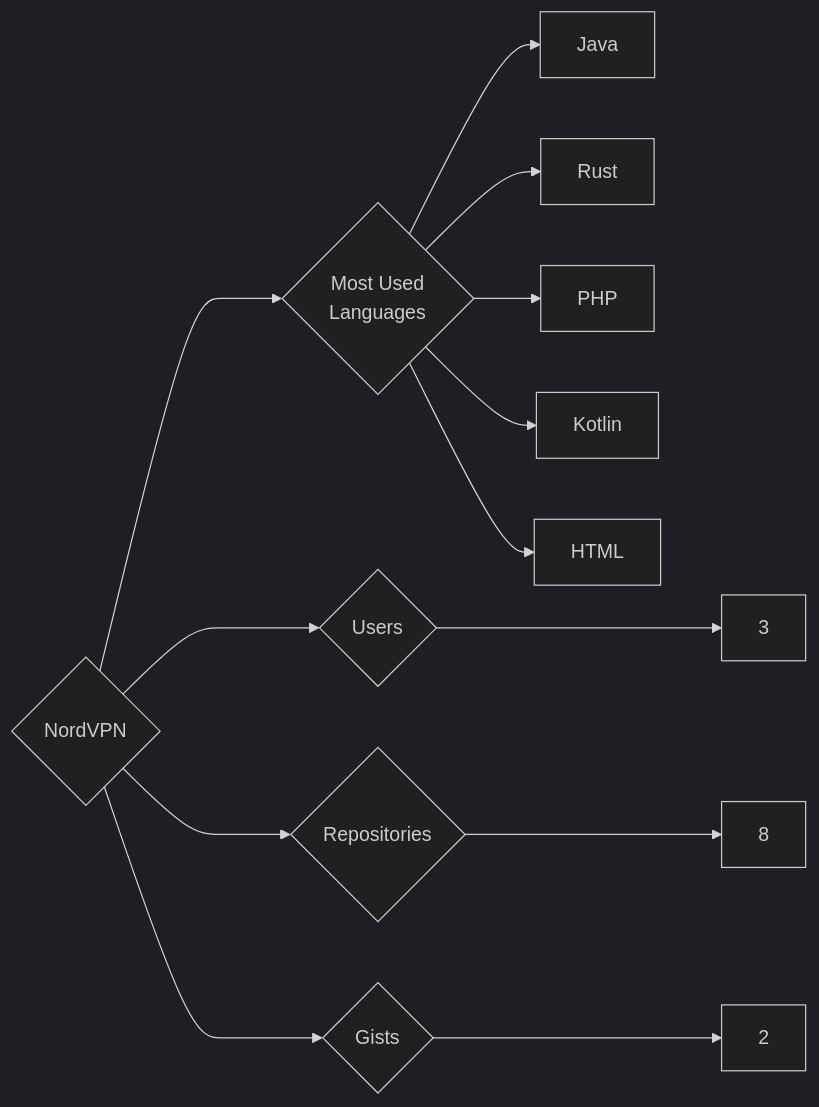
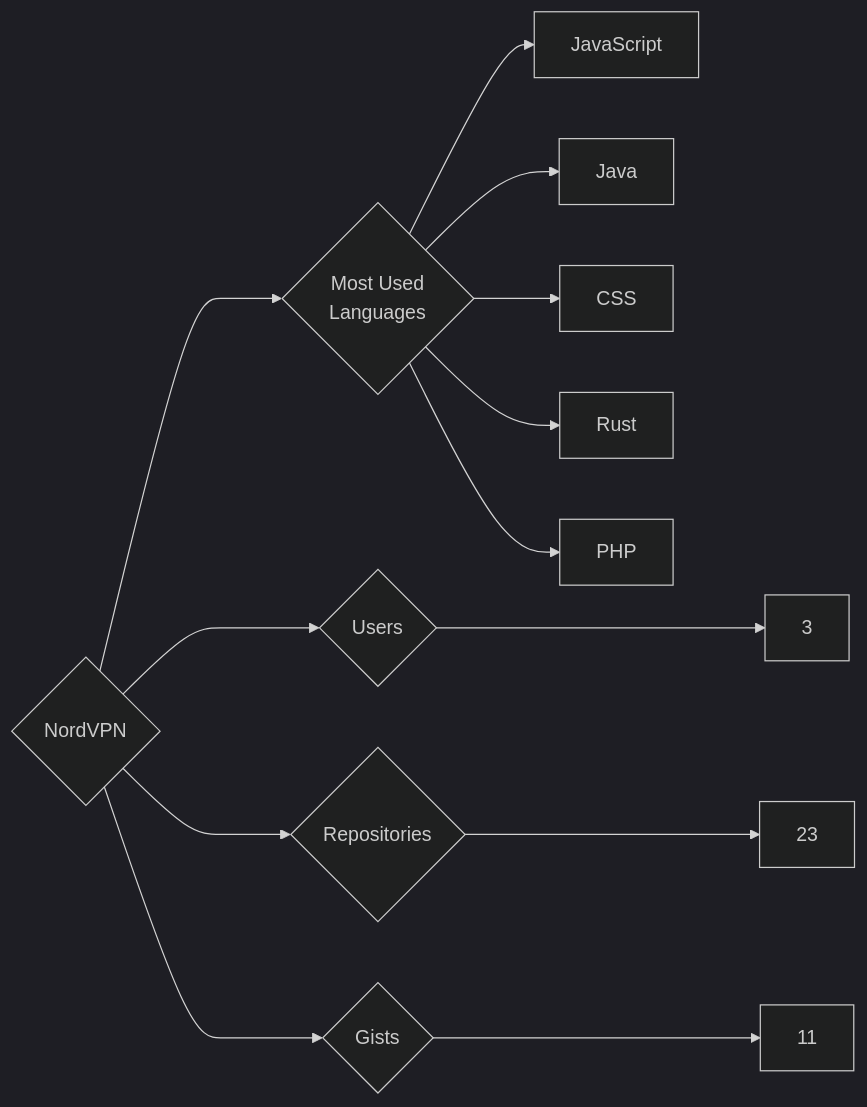
Before and after one commit to trickest/insiders: the diagram in targets/NordVPN/README.md, drawn with Mermaid (dark theme). The commit also changed 995 other files, not shown here.

````diff
--- a/targets/NordVPN/README.md
+++ b/targets/NordVPN/README.md
@@ -3,13 +3,13 @@
 ```mermaid
 graph LR
 COMPANY_NAME{NordVPN}
 COMPANY_NAME ---> U{Users} ---> UN[3]
-COMPANY_NAME ---> R{Repositories} ---> RN[8]
-COMPANY_NAME ---> G{Gists} ---> GN[2]
+COMPANY_NAME ---> R{Repositories} ---> RN[23]
+COMPANY_NAME ---> G{Gists} ---> GN[11]
 COMPANY_NAME ---> ML{Most Used<br>Languages}
+ML --> JavaScript[JavaScript]
 ML --> Java[Java]
+ML --> CSS[CSS]
 ML --> Rust[Rust]
 ML --> PHP[PHP]
-ML --> Kotlin[Kotlin]
-ML --> HTML[HTML]
 ```
````
